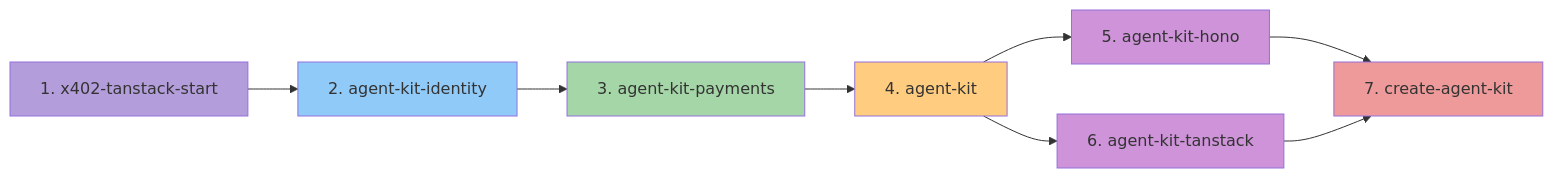
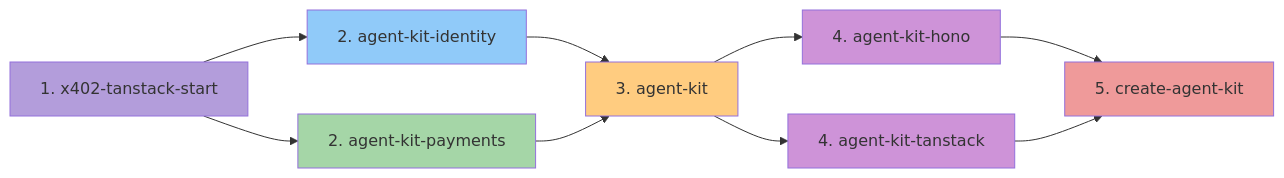
Before and after one commit to frontboat/lucid-agents: the fifth of 7 diagrams in docs/ARCHITECTURE.md, drawn with Mermaid. The commit also changed other lines of this file and 17 other files, not shown here.

Commit message:
refactor: make payments extension a strict leaf of agent kit core

````diff
--- a/docs/ARCHITECTURE.md
+++ b/docs/ARCHITECTURE.md
@@ -261,18 +263,19 @@
 ```mermaid
 graph LR
     A[1. x402-tanstack-start] --> B[2. agent-kit-identity]
-    B --> C[3. agent-kit-payments]
-    C --> D[4. agent-kit]
-    D --> E[5. agent-kit-hono]
-    D --> F[6. agent-kit-tanstack]
-    E --> G[7. create-agent-kit]
+    A --> C[2. agent-kit-payments]
+    B --> D[3. agent-kit]
+    C --> D
+    D --> E[4. agent-kit-hono]
+    D --> F[4. agent-kit-tanstack]
+    E --> G[5. create-agent-kit]
     F --> G
 
     style A fill:#b39ddb
     style B fill:#90caf9
     style C fill:#a5d6a7
     style D fill:#ffcc80
     style E fill:#ce93d8
     style F fill:#ce93d8
     style G fill:#ef9a9a
 ```
````
